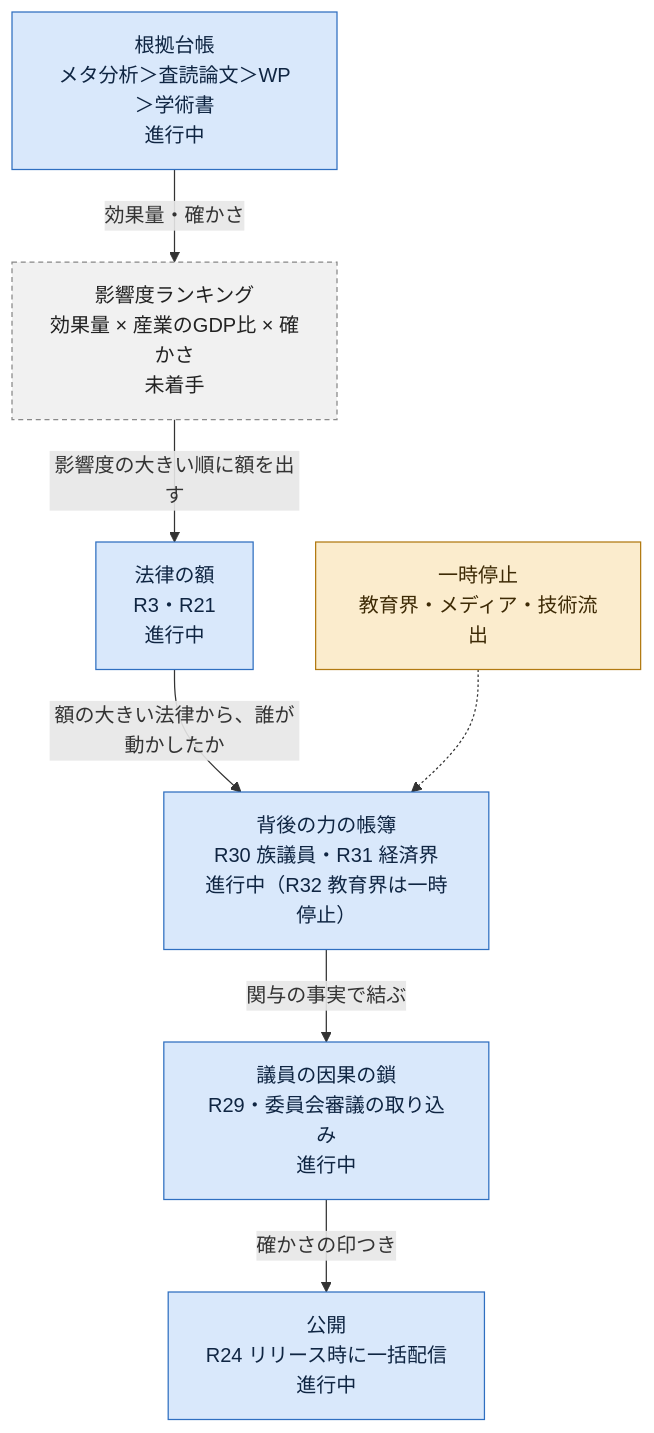
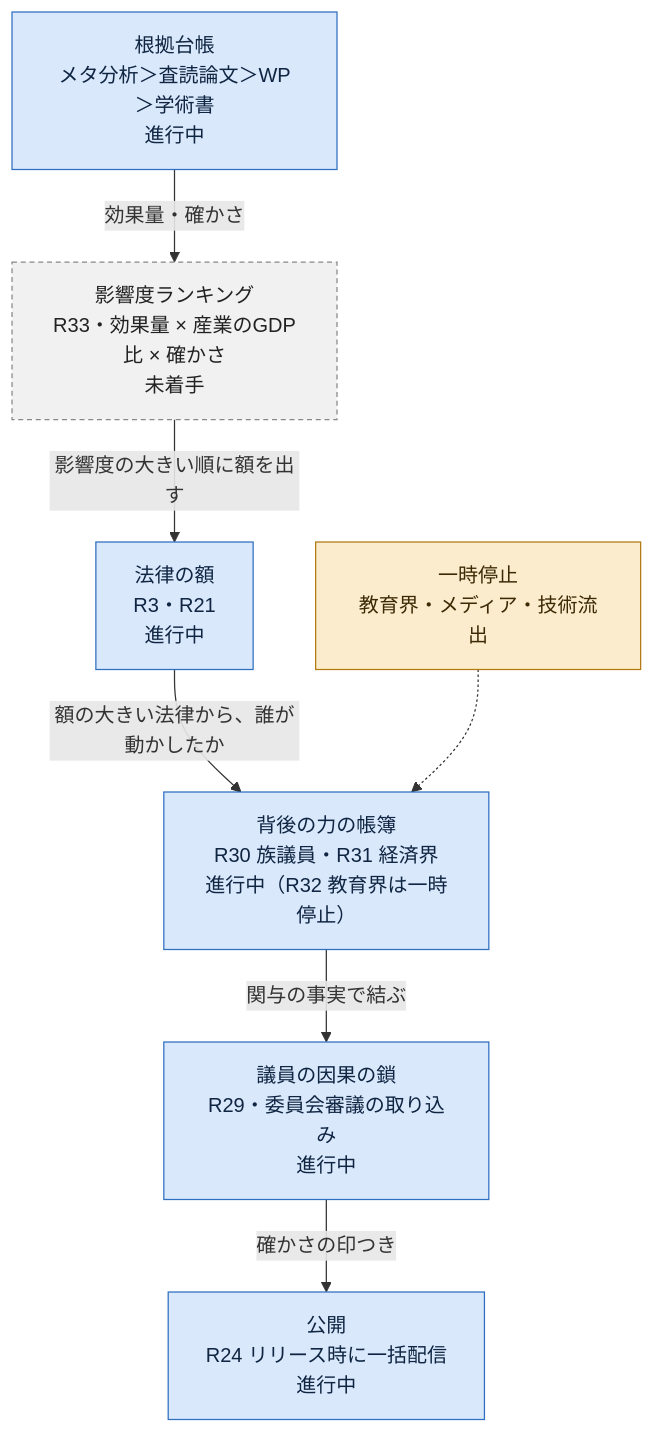
One commit to nexus-ai-2045/public-interest-lens changed the second of 2 diagrams in docs/ロードマップ.md. Above: the diagram before and after it, drawn with Mermaid. The commit also changed other lines of this file, not shown here.

Commit message:
影響度ランキングを R33 として足し、全体図に反映する

````diff
--- a/docs/ロードマップ.md
+++ b/docs/ロードマップ.md
@@ -179,19 +181,19 @@
 ```mermaid
 flowchart TD
   A["根拠台帳<br/>メタ分析＞査読論文＞WP＞学術書<br/>進行中"]:::prog
-  B["影響度ランキング<br/>効果量 × 産業のGDP比 × 確かさ<br/>未着手"]:::todo
+  B["影響度ランキング<br/>R33・効果量 × 産業のGDP比 × 確かさ<br/>未着手"]:::todo
   C["法律の額<br/>R3・R21<br/>進行中"]:::prog
   D["背後の力の帳簿<br/>R30 族議員・R31 経済界<br/>進行中（R32 教育界は一時停止）"]:::prog
   E["議員の因果の鎖<br/>R29・委員会審議の取り込み<br/>進行中"]:::prog
   F["公開<br/>R24 リリース時に一括配信<br/>進行中"]:::prog
   A -->|"効果量・確かさ"| B
   B -->|"影響度の大きい順に額を出す"| C
   C -->|"額の大きい法律から、誰が動かしたか"| D
   D -->|"関与の事実で結ぶ"| E
   E -->|"確かさの印つき"| F
   P["一時停止<br/>教育界・メディア・技術流出"]:::pause -.-> D
   classDef done fill:#d7efdc,stroke:#2e7d46,color:#102a18
   classDef prog fill:#d9e8fb,stroke:#2f6fc0,color:#0f2542
   classDef pause fill:#fbeccd,stroke:#b27a12,color:#3d2a05
   classDef todo fill:#f1f1f1,stroke:#888,stroke-dasharray:4 3,color:#222
 ```
````
